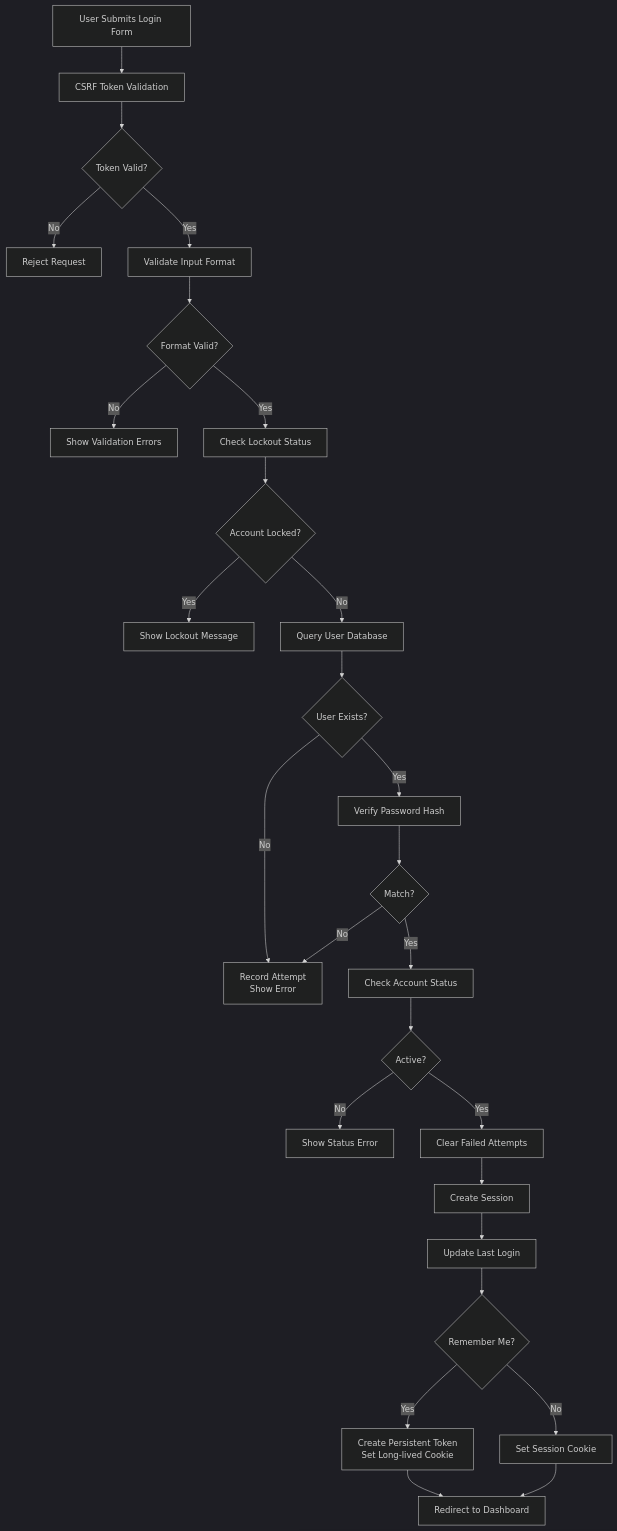
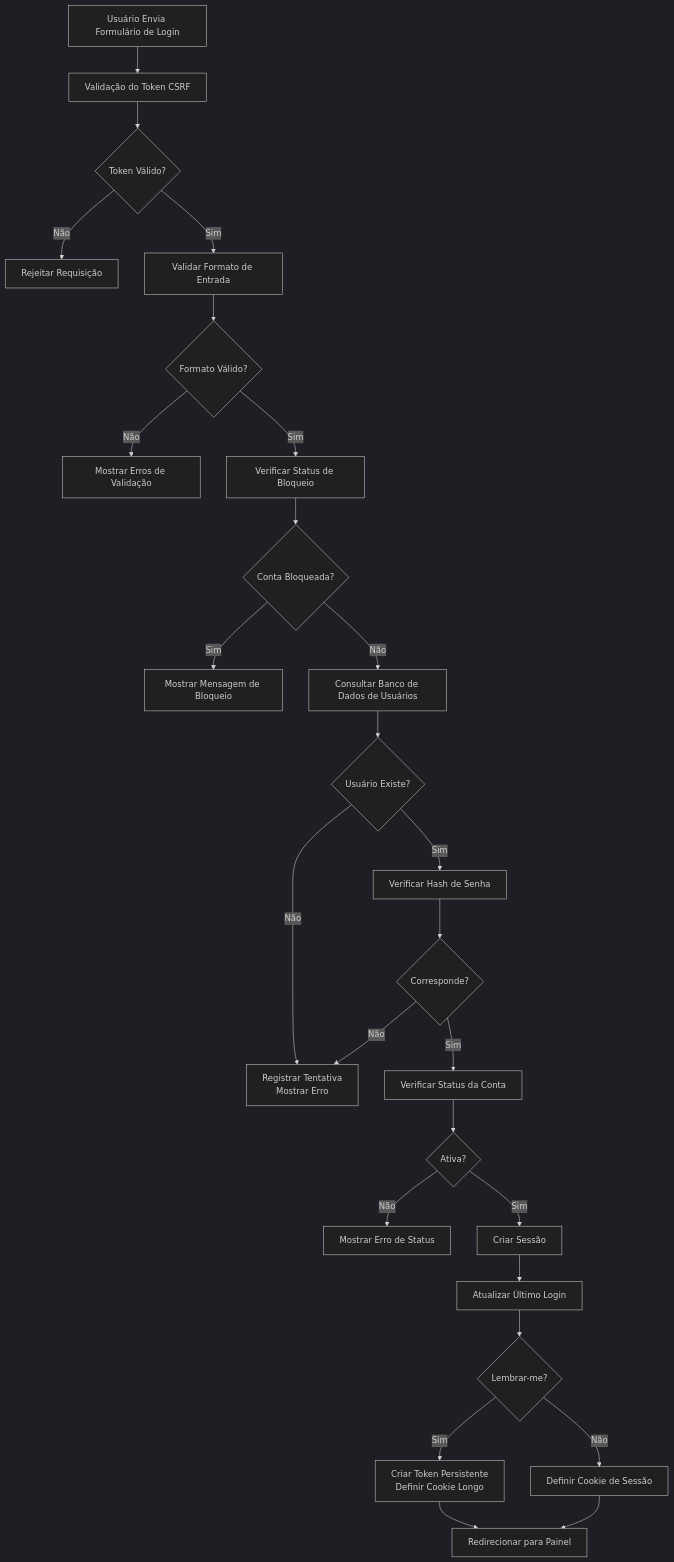
One commit to mambax7/xoops-docs changed the second of 2 diagrams in apps/docs-27/src/content/docs/pt/core-concepts/users/authentication.md. Above: the diagram before and after it, drawn with Mermaid (dark theme). The commit also changed other lines of this file and 162 other files, not shown here.

````diff
--- a/apps/docs-27/src/content/docs/pt/core-concepts/users/authentication.md
+++ b/apps/docs-27/src/content/docs/pt/core-concepts/users/authentication.md
@@ -79,29 +79,28 @@
 ```mermaid
 graph TD
-    A["User Submits Login Form"] --> B["CSRF Token Validation"]
-    B --> C{"Token Valid?"}
-    C -->|No| D["Reject Request"]
-    C -->|Yes| E["Validate Input Format"]
-    E --> F{"Format Valid?"}
-    F -->|No| G["Show Validation Errors"]
-    F -->|Yes| H["Check Lockout Status"]
-    H --> I{"Account Locked?"}
-    I -->|Yes| J["Show Lockout Message"]
-    I -->|No| K["Query User Database"]
-    K --> L{"User Exists?"}
-    L -->|No| M["Record Attempt<br/>Show Error"]
-    L -->|Yes| N["Verify Password Hash"]
-    N --> O{"Match?"}
-    O -->|No| M
-    O -->|Yes| P["Check Account Status"]
-    P --> Q{"Active?"}
-    Q -->|No| R["Show Status Error"]
-    Q -->|Yes| S["Clear Failed Attempts"]
-    S --> T["Create Session"]
-    T --> U["Update Last Login"]
-    U --> V{"Remember Me?"}
-    V -->|Yes| W["Create Persistent Token<br/>Set Long-lived Cookie"]
-    V -->|No| X["Set Session Cookie"]
-    W --> Y["Redirect to Dashboard"]
+    A["Usuário Envia Formulário de Login"] --> B["Validação do Token CSRF"]
+    B --> C{"Token Válido?"}
+    C -->|Não| D["Rejeitar Requisição"]
+    C -->|Sim| E["Validar Formato de Entrada"]
+    E --> F{"Formato Válido?"}
+    F -->|Não| G["Mostrar Erros de Validação"]
+    F -->|Sim| H["Verificar Status de Bloqueio"]
+    H --> I{"Conta Bloqueada?"}
+    I -->|Sim| J["Mostrar Mensagem de Bloqueio"]
+    I -->|Não| K["Consultar Banco de Dados de Usuários"]
+    K --> L{"Usuário Existe?"}
+    L -->|Não| M["Registrar Tentativa<br/>Mostrar Erro"]
+    L -->|Sim| N["Verificar Hash de Senha"]
+    N --> O{"Corresponde?"}
+    O -->|Não| M
+    O -->|Sim| P["Verificar Status da Conta"]
+    P --> Q{"Ativa?"}
+    Q -->|Não| R["Mostrar Erro de Status"]
+    Q -->|Sim| S["Criar Sessão"]
+    S --> T["Atualizar Último Login"]
+    T --> U{"Lembrar-me?"}
+    U -->|Sim| W["Criar Token Persistente<br/>Definir Cookie Longo"]
+    U -->|Não| X["Definir Cookie de Sessão"]
+    W --> Y["Redirecionar para Painel"]
     X --> Y
 ```
````
